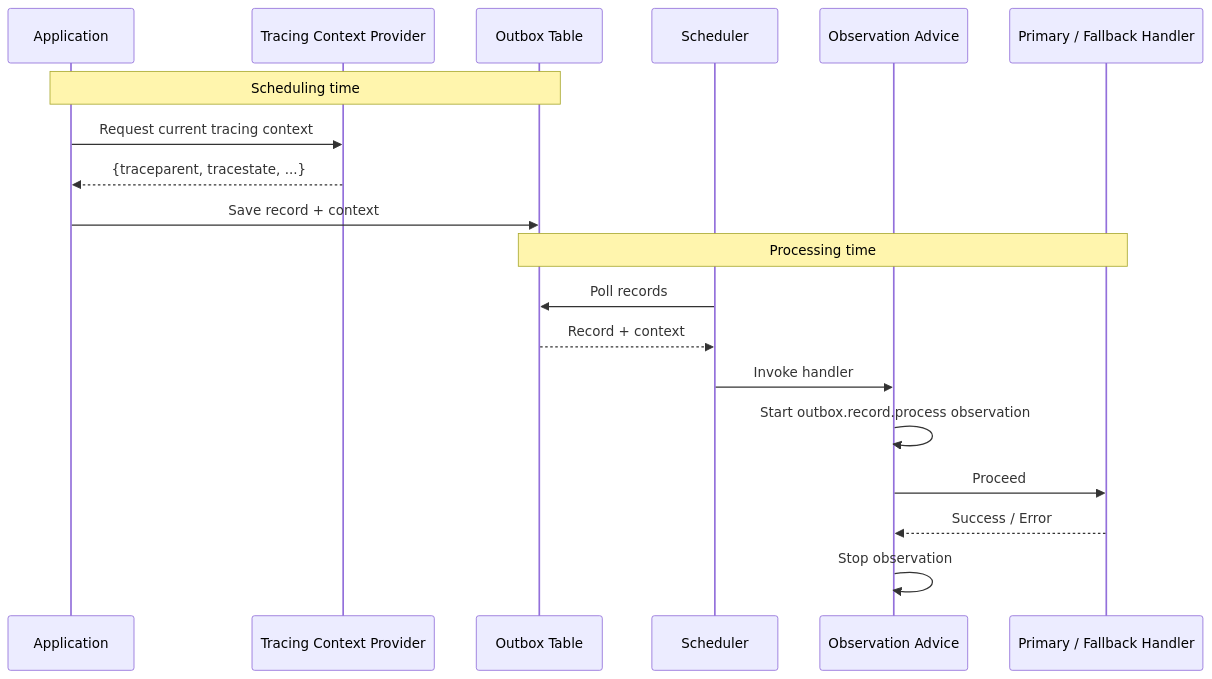
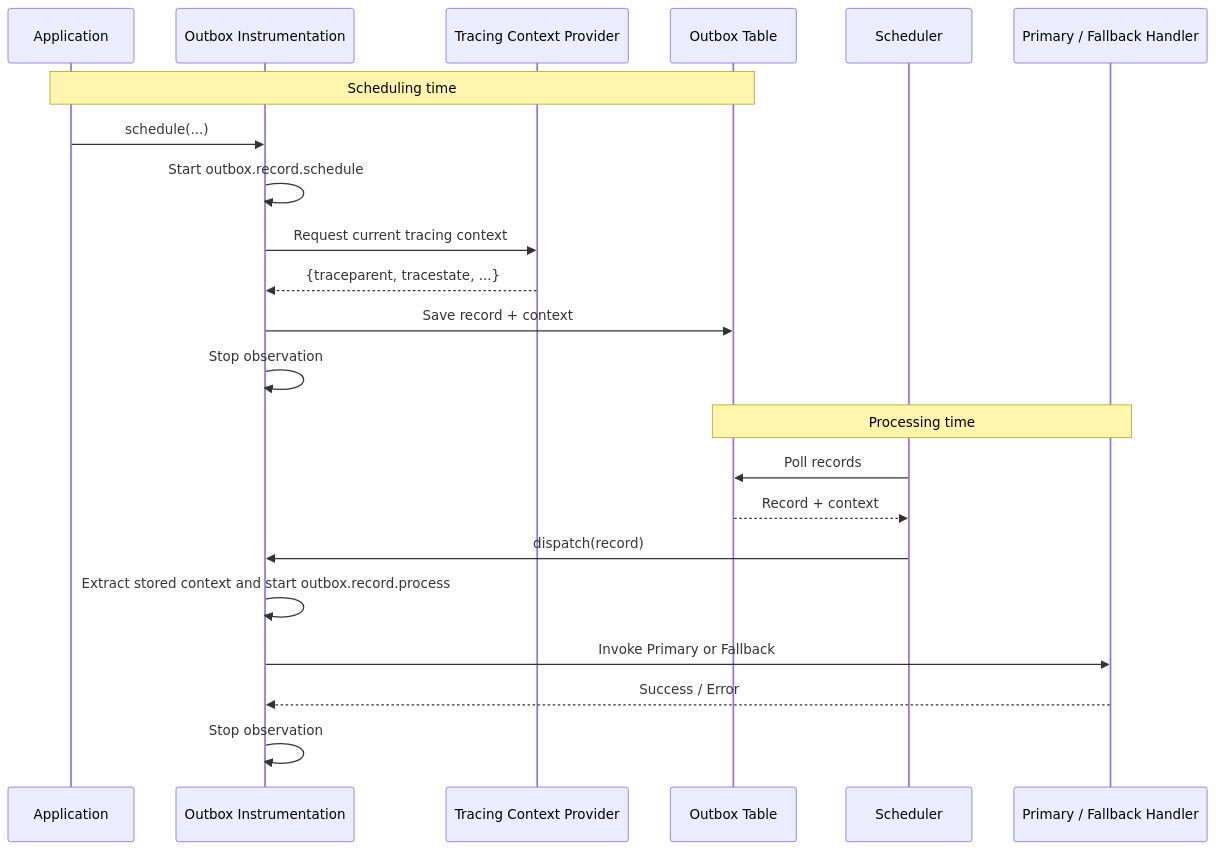
The diagram in namastack-outbox-docs/docs/reference/observability.md (namastack/namastack-outbox), drawn with Mermaid before and after one commit. The commit also changed other lines of this file and 22 other files, not shown here.

````diff
--- a/namastack-outbox-docs/docs/reference/observability.md
+++ b/namastack-outbox-docs/docs/reference/observability.md
@@ -213,23 +213,26 @@
 ```mermaid
 sequenceDiagram
     participant App as Application
+    participant Instrumentation as Outbox Instrumentation
     participant Provider as Tracing Context Provider
     participant DB as Outbox Table
     participant Scheduler as Scheduler
-    participant Advice as Observation Advice
     participant Handler as Primary / Fallback Handler
 
     Note over App,DB: Scheduling time
-    App->>Provider: Request current tracing context
-    Provider-->>App: {traceparent, tracestate, ...}
-    App->>DB: Save record + context
+    App->>Instrumentation: schedule(...)
+    Instrumentation->>Instrumentation: Start outbox.record.schedule
+    Instrumentation->>Provider: Request current tracing context
+    Provider-->>Instrumentation: {traceparent, tracestate, ...}
+    Instrumentation->>DB: Save record + context
+    Instrumentation->>Instrumentation: Stop observation
 
     Note over DB,Handler: Processing time
     Scheduler->>DB: Poll records
     DB-->>Scheduler: Record + context
-    Scheduler->>Advice: Invoke handler
-    Advice->>Advice: Start outbox.record.process observation
-    Advice->>Handler: Proceed
-    Handler-->>Advice: Success / Error
-    Advice->>Advice: Stop observation
+    Scheduler->>Instrumentation: dispatch(record)
+    Instrumentation->>Instrumentation: Extract stored context and start outbox.record.process
+    Instrumentation->>Handler: Invoke Primary or Fallback
+    Handler-->>Instrumentation: Success / Error
+    Instrumentation->>Instrumentation: Stop observation
 ```
````
